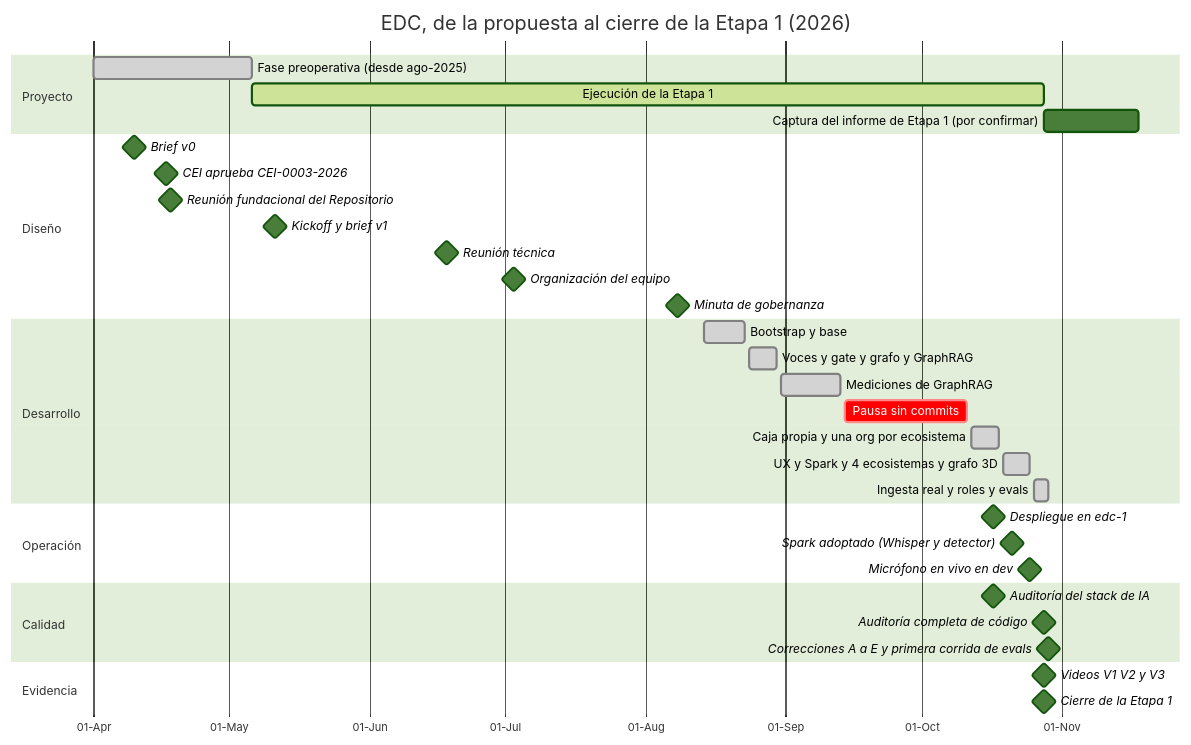
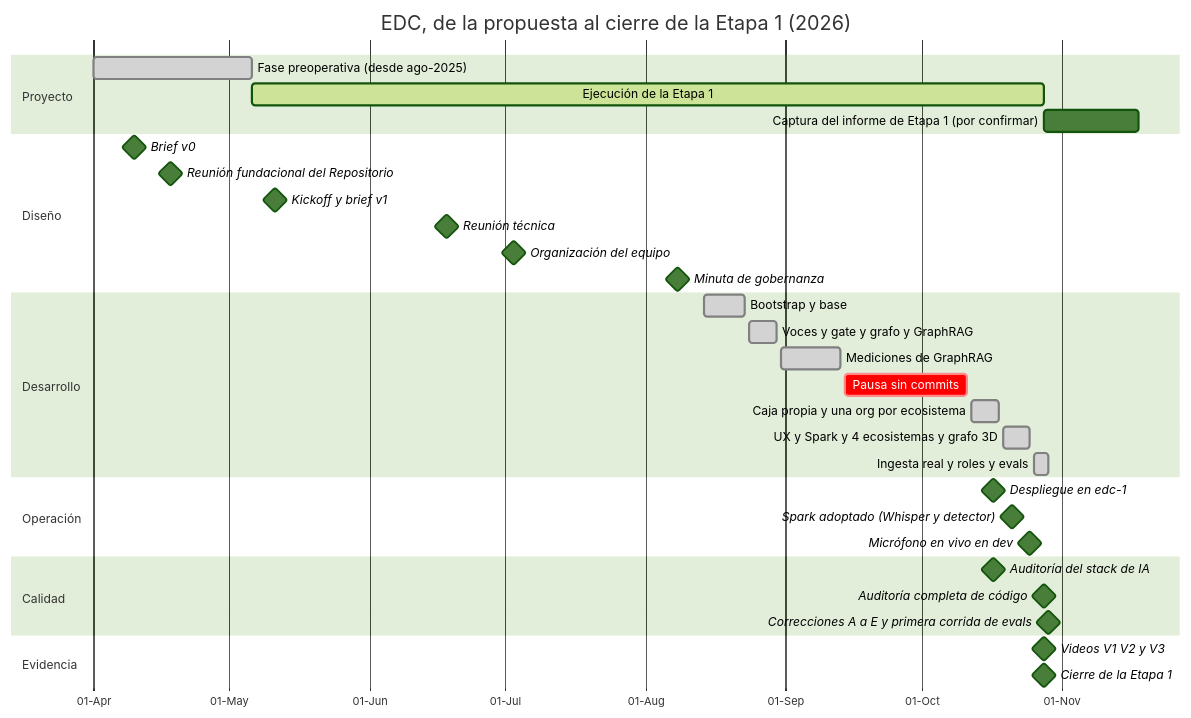
Before and after one commit to ecosistemas-de-conocimiento/ecosistemas-de-conocimiento: the diagram in docs/01-proyecto/cronologia-e-hitos.md, drawn with Mermaid (forest theme). The commit also changed other lines of this file and 7 other files, not shown here.

````diff
--- a/docs/01-proyecto/cronologia-e-hitos.md
+++ b/docs/01-proyecto/cronologia-e-hitos.md
@@ -14,43 +14,42 @@
 ```mermaid
 gantt
     title EDC, de la propuesta al cierre de la Etapa 1 (2026)
     dateFormat  YYYY-MM-DD
     axisFormat  %d-%b
 
     section Proyecto
     Fase preoperativa (desde ago-2025)        :done, pre, 2026-04-01, 2026-05-06
     Ejecución de la Etapa 1                   :active, et1, 2026-05-06, 2026-10-28
     Captura del informe de Etapa 1 (por confirmar) :inf, 2026-10-28, 2026-11-18
 
     section Diseño
     Brief v0                                  :milestone, 2026-04-10, 0d
-    CEI aprueba CEI-0003-2026                 :milestone, 2026-04-17, 0d
     Reunión fundacional del Repositorio       :milestone, 2026-04-18, 0d
     Kickoff y brief v1                        :milestone, 2026-05-11, 0d
     Reunión técnica                           :milestone, 2026-06-18, 0d
     Organización del equipo                   :milestone, 2026-07-03, 0d
     Minuta de gobernanza                      :milestone, 2026-08-08, 0d
 
     section Desarrollo
     Bootstrap y base                          :done, d1, 2026-08-14, 2026-08-23
     Voces y gate y grafo y GraphRAG        :done, d2, 2026-08-24, 2026-08-30
     Mediciones de GraphRAG                    :done, d3, 2026-08-31, 2026-09-13
     Pausa sin commits                         :crit, gap, 2026-09-14, 2026-10-11
     Caja propia y una org por ecosistema   :done, d4, 2026-10-12, 2026-10-18
     UX y Spark y 4 ecosistemas y grafo 3D :done, d5, 2026-10-19, 2026-10-25
     Ingesta real y roles y evals           :done, d6, 2026-10-26, 2026-10-29
 
     section Operación
     Despliegue en edc-1                       :milestone, 2026-10-17, 0d
     Spark adoptado (Whisper y detector)       :milestone, 2026-10-21, 0d
     Micrófono en vivo en dev                  :milestone, 2026-10-25, 0d
 
     section Calidad
     Auditoría del stack de IA                 :milestone, 2026-10-17, 0d
     Auditoría completa de código              :milestone, 2026-10-28, 0d
     Correcciones A a E y primera corrida de evals :milestone, 2026-10-29, 0d
 
     section Evidencia
     Videos V1 V2 y V3                      :milestone, 2026-10-28, 0d
     Cierre de la Etapa 1                      :milestone, 2026-10-28, 0d
 ```
````
